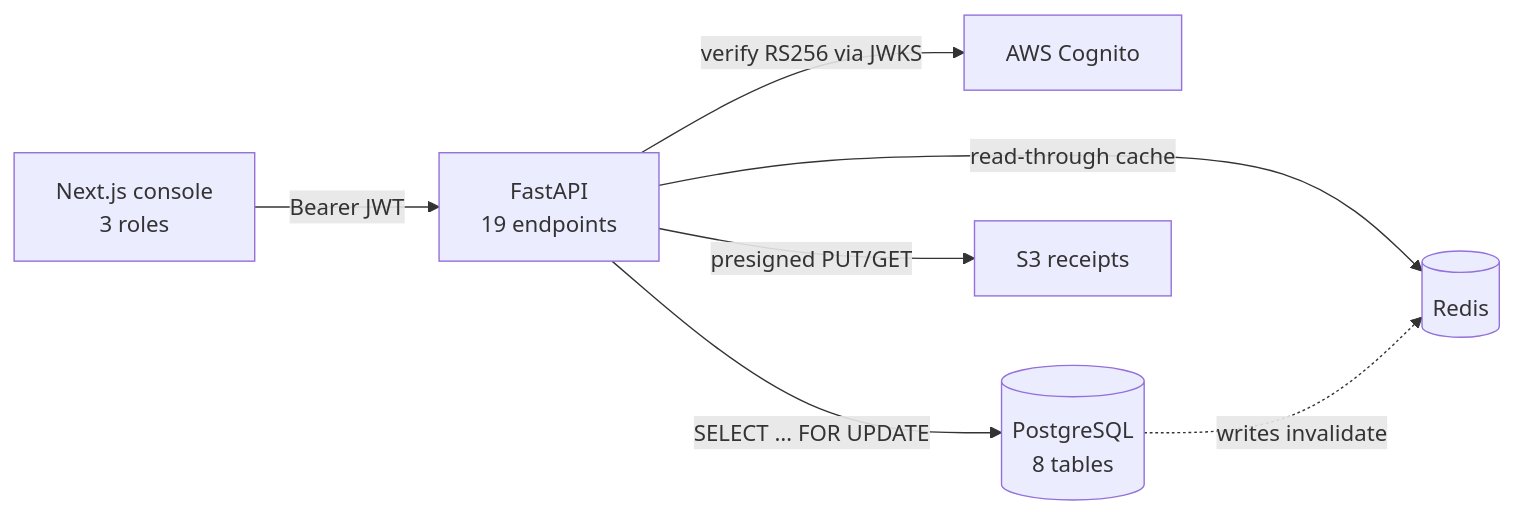
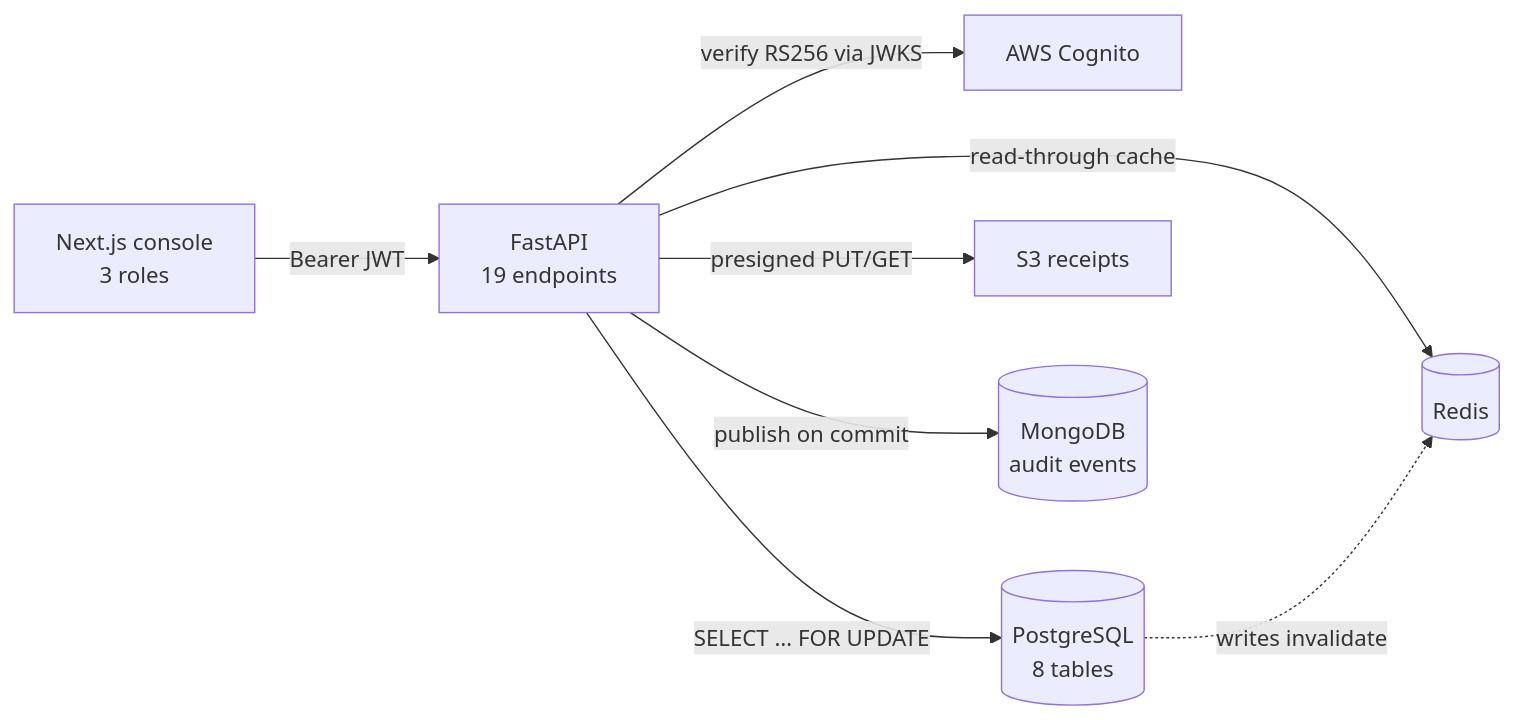
One commit to kingmars2022/stockroom-warehouse-system changed the diagram in README.md. Above: the diagram before and after it, drawn with Mermaid. The commit also changed other lines of this file and 11 other files, not shown here.

````diff
--- a/README.md
+++ b/README.md
@@ -13,9 +13,10 @@
 ```mermaid
 flowchart LR
     B["Next.js console<br/>3 roles"] -->|"Bearer JWT"| A["FastAPI<br/>19 endpoints"]
     A -->|"verify RS256 via JWKS"| C["AWS Cognito"]
     A -->|"SELECT … FOR UPDATE"| D[("PostgreSQL<br/>8 tables")]
     A -->|"read-through cache"| R[("Redis")]
     A -->|"presigned PUT/GET"| S["S3 receipts"]
+    A -->|"publish on commit"| M[("MongoDB<br/>audit events")]
     D -.->|"writes invalidate"| R
 ```
````
